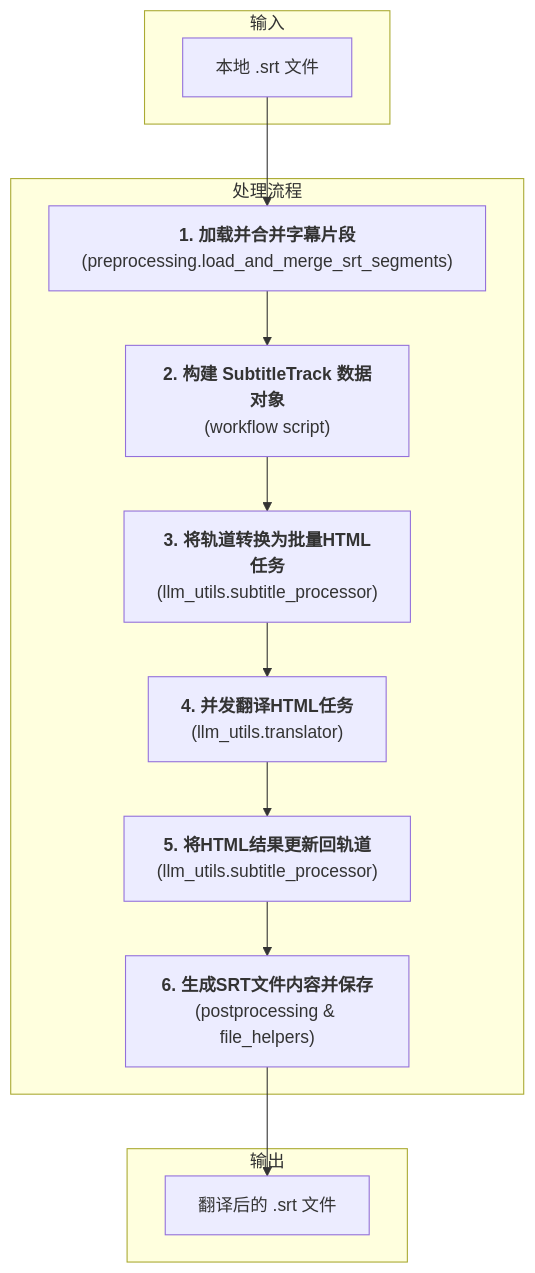
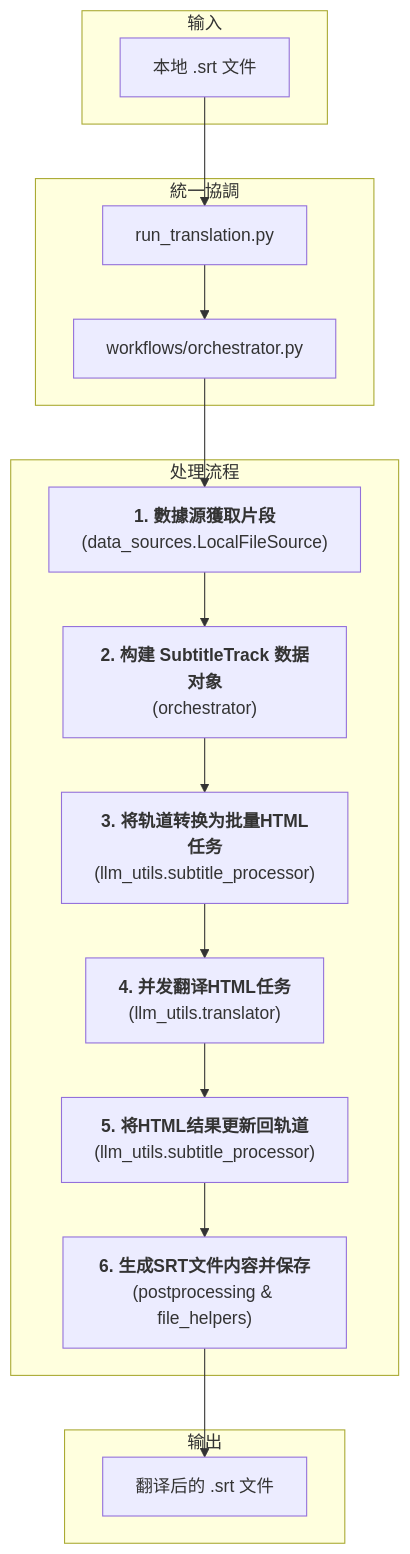
Before and after one commit to kuniyao/MultiMediaGenAI: the diagram in docs/02_workflow_file_translation.md, drawn with Mermaid. The commit also changed other lines of this file and 12 other files, not shown here.

First line of the commit message:
feat: Unify subtitle translation workflows and update documentation

````diff
--- a/docs/02_workflow_file_translation.md
+++ b/docs/02_workflow_file_translation.md
@@ -15,21 +15,26 @@
 ```mermaid
 graph TD;
     subgraph Input [输入]
         A[本地 .srt 文件]
     end
 
+    subgraph Orchestration [統一協調]
+        O1[run_translation.py]
+        O2[workflows/orchestrator.py]
+    end
+
     subgraph Processing [处理流程]
-        B["<b>1. 加载并合并字幕片段</b><br>(preprocessing.load_and_merge_srt_segments)"]
-        C["<b>2. 构建 SubtitleTrack 数据对象</b><br>(workflow script)"]
+        B["<b>1. 數據源獲取片段</b><br>(data_sources.LocalFileSource)"]
+        C["<b>2. 构建 SubtitleTrack 数据对象</b><br>(orchestrator)"]
         D["<b>3. 将轨道转换为批量HTML任务</b><br>(llm_utils.subtitle_processor)"]
         E["<b>4. 并发翻译HTML任务</b><br>(llm_utils.translator)"]
         F["<b>5. 将HTML结果更新回轨道</b><br>(llm_utils.subtitle_processor)"]
         G["<b>6. 生成SRT文件内容并保存</b><br>(postprocessing & file_helpers)"]
     end
 
     subgraph Output [输出]
         H[翻译后的 .srt 文件]
     end
 
-    A --> B --> C --> D --> E --> F --> G --> H;
+    A --> O1 --> O2 --> B --> C --> D --> E --> F --> G --> H;
 ```
````
